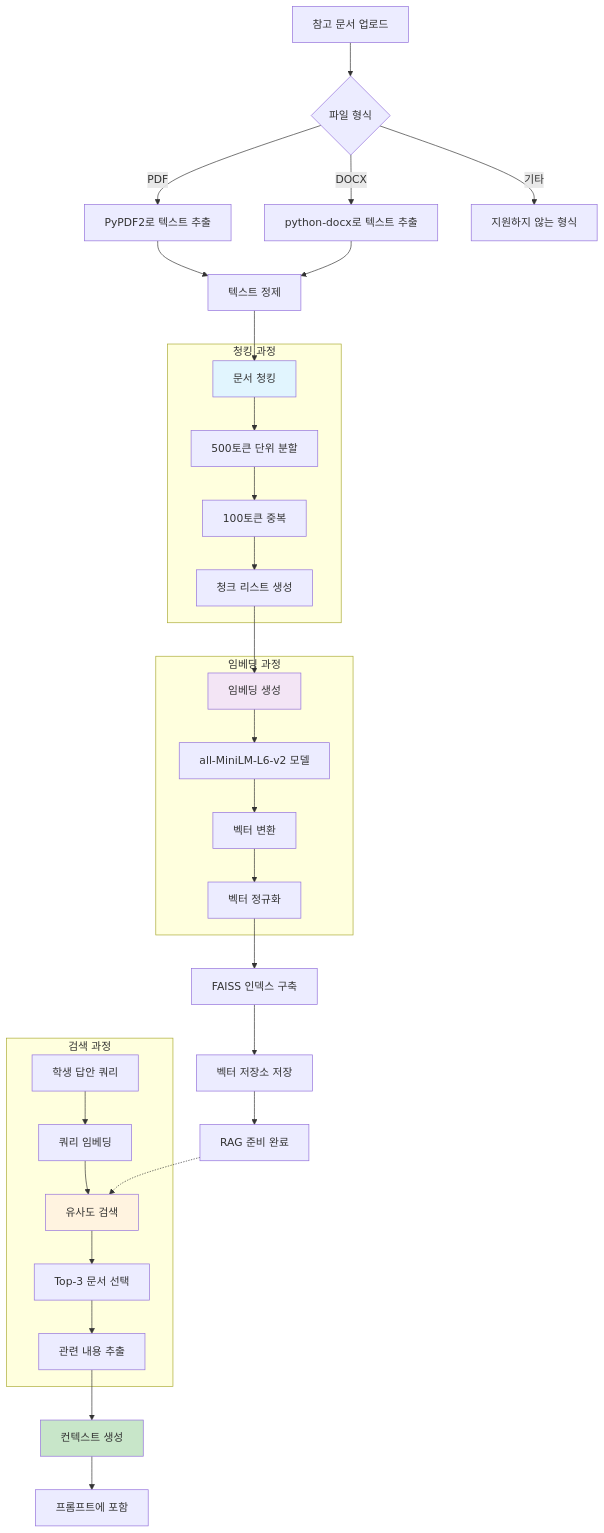
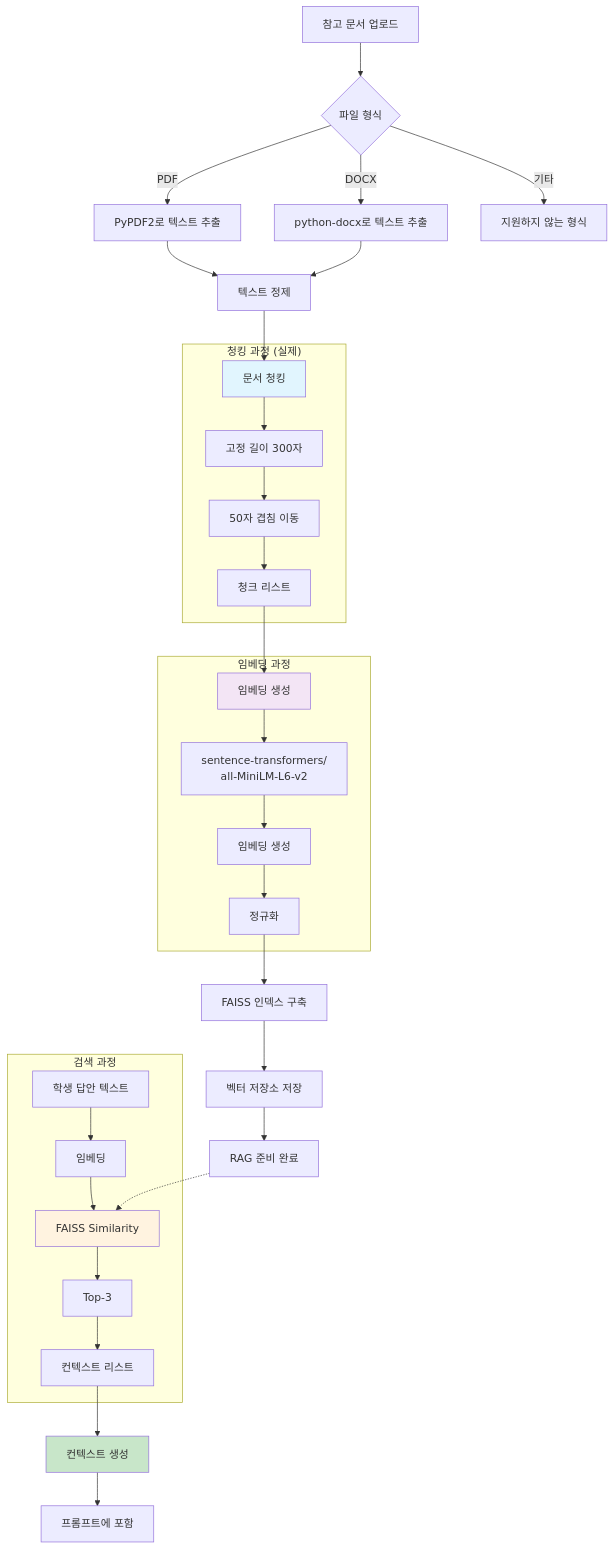
The fourth of 12 diagrams in architecture.md (GEOeduHJ/goe_assess_web4), drawn with Mermaid before and after one commit. The commit also changed other lines of this file and 9 other files, not shown here.

````diff
--- a/architecture.md
+++ b/architecture.md
@@ -223,48 +212,48 @@
 ```mermaid
 flowchart TD
     START[참고 문서 업로드] --> FILE_CHECK{파일 형식}
     
     FILE_CHECK -->|PDF| PDF_EXTRACT[PyPDF2로 텍스트 추출]
     FILE_CHECK -->|DOCX| DOCX_EXTRACT[python-docx로 텍스트 추출]
     FILE_CHECK -->|기타| ERROR[지원하지 않는 형식]
     
     PDF_EXTRACT --> CLEAN[텍스트 정제]
     DOCX_EXTRACT --> CLEAN
     
     CLEAN --> CHUNK[문서 청킹]
     
-    subgraph "청킹 과정"
-        CHUNK --> SPLIT[500토큰 단위 분할]
-        SPLIT --> OVERLAP[100토큰 중복]
-        OVERLAP --> CHUNK_LIST[청크 리스트 생성]
+    subgraph "청킹 과정 (실제)"
+        CHUNK --> SPLIT[고정 길이 300자]
+        SPLIT --> OVERLAP[50자 겹침 이동]
+        OVERLAP --> CHUNK_LIST[청크 리스트]
     end
     
     CHUNK_LIST --> EMBED[임베딩 생성]
     
     subgraph "임베딩 과정"
-        EMBED --> MODEL[all-MiniLM-L6-v2 모델]
-        MODEL --> VECTORS[벡터 변환]
-        VECTORS --> NORM[벡터 정규화]
+        EMBED --> MODEL[sentence-transformers/<br/>all-MiniLM-L6-v2]
+        MODEL --> VECTORS[임베딩 생성]
+        VECTORS --> NORM[정규화]
     end
     
     NORM --> FAISS_BUILD[FAISS 인덱스 구축]
     FAISS_BUILD --> STORE[벡터 저장소 저장]
     
     STORE --> READY[RAG 준비 완료]
     
     subgraph "검색 과정"
-        QUERY[학생 답안 쿼리] --> QUERY_EMBED[쿼리 임베딩]
-        QUERY_EMBED --> SEARCH[유사도 검색]
-        SEARCH --> TOP_K[Top-3 문서 선택]
-        TOP_K --> RETRIEVE[관련 내용 추출]
+            QUERY[학생 답안 텍스트] --> QUERY_EMBED[임베딩]
+            QUERY_EMBED --> SEARCH[FAISS Similarity]
+            SEARCH --> TOP_K[Top-3]
+            TOP_K --> RETRIEVE[컨텍스트 리스트]
     end
     
     READY -.-> SEARCH
     RETRIEVE --> CONTEXT[컨텍스트 생성]
     CONTEXT --> PROMPT[프롬프트에 포함]
     
     style CHUNK fill:#e1f5fe
     style EMBED fill:#f3e5f5
     style SEARCH fill:#fff3e0
     style CONTEXT fill:#c8e6c9
 ```
````
